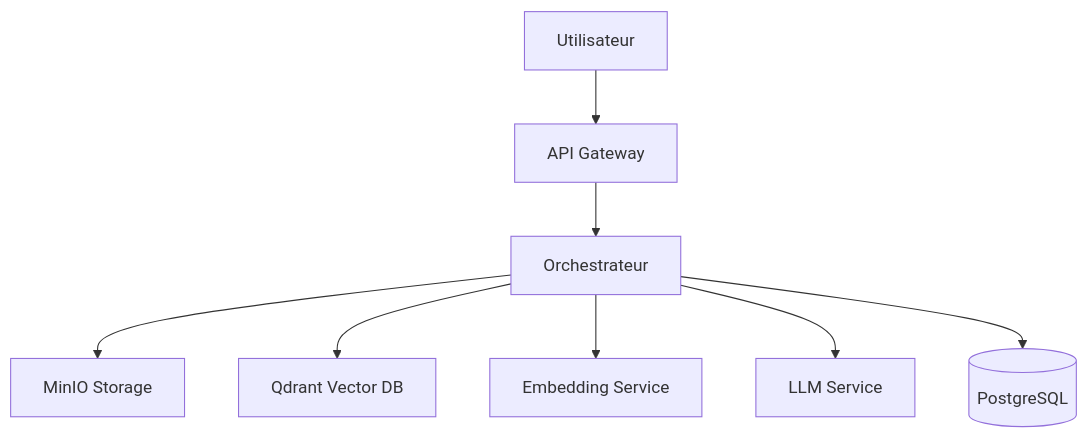
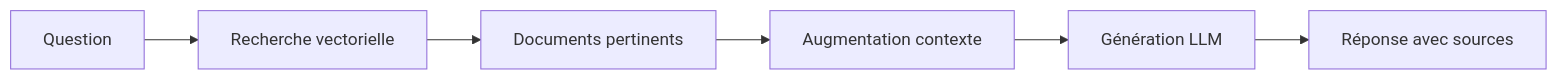
One commit to 3ntrop1a/openrag changed the diagram in docs/introduction.mdx. Above: the diagram before and after it, drawn with Mermaid. The commit also changed other lines of this file and 3 other files, not shown here.

````diff
--- a/docs/introduction.mdx
+++ b/docs/introduction.mdx
@@ -66,10 +20,8 @@
 ```mermaid
-graph TB
-    User[Utilisateur] --> API[API Gateway]
-    API --> Orchestrator[Orchestrateur]
-    Orchestrator --> MinIO[MinIO Storage]
-    Orchestrator --> Qdrant[Qdrant Vector DB]
-    Orchestrator --> Embed[Embedding Service]
-    Orchestrator --> LLM[LLM Service]
-    Orchestrator --> DB[(PostgreSQL)]
+graph LR
+    Q[Question] --> R[Recherche vectorielle]
+    R --> D[Documents pertinents]
+    D --> A[Augmentation contexte]
+    A --> G[Génération LLM]
+    G --> Answer[Réponse avec sources]
 ```
````
